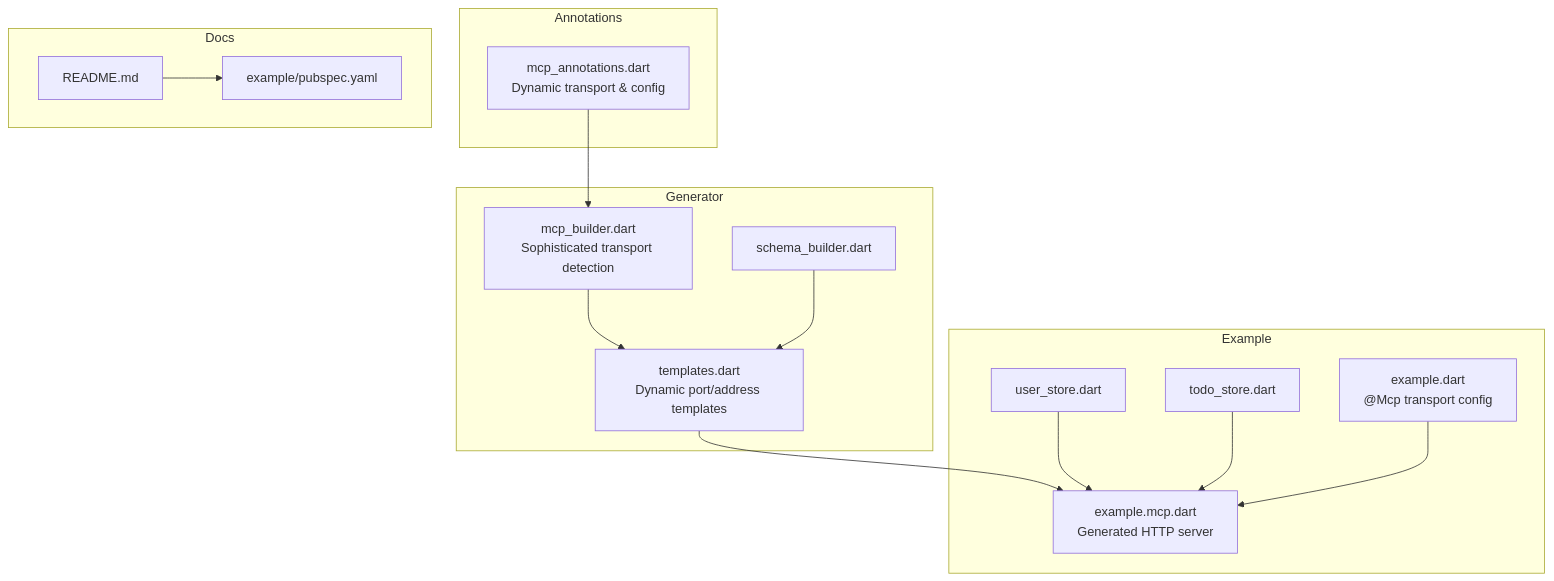
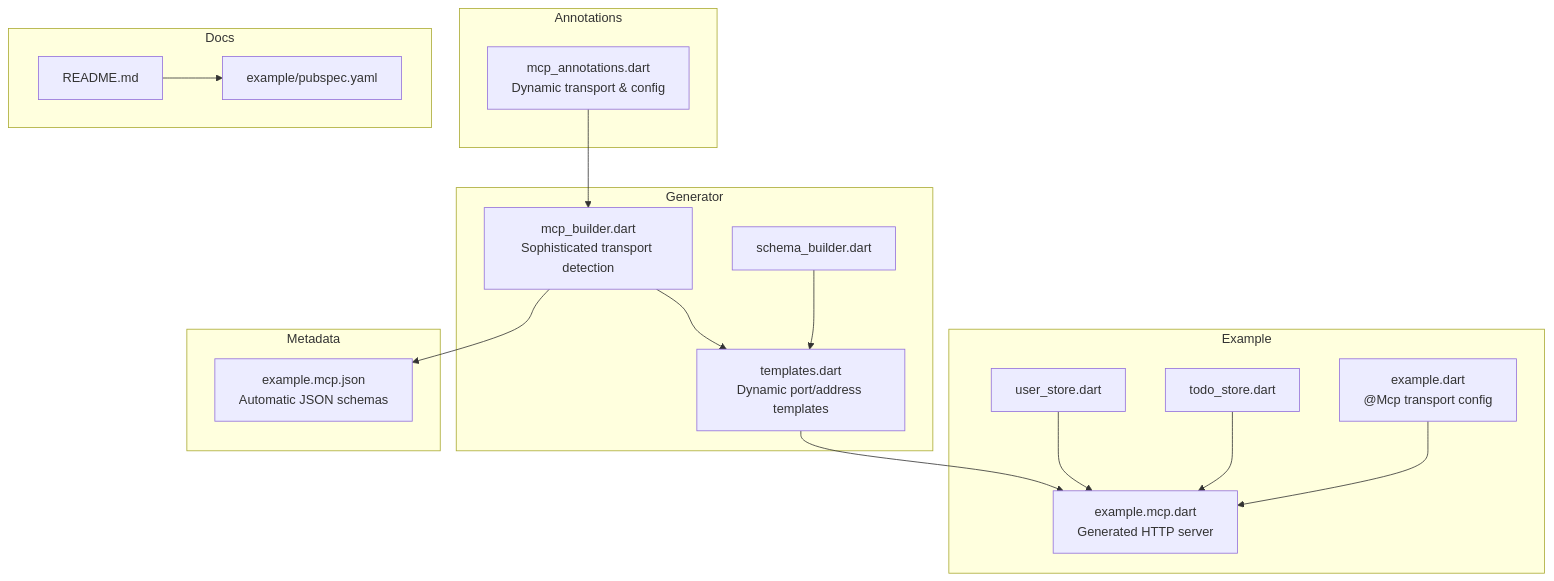
The first of 12 diagrams in .qoder/repowiki/en/content/Transport Implementations/HTTP Transport.md (cdavis-code/easy_mcp_workspace), drawn with Mermaid before and after one commit. The commit also changed other lines of this file and 16 other files, not shown here.

````diff
--- a/.qoder/repowiki/en/content/Transport Implementations/HTTP Transport.md
+++ b/.qoder/repowiki/en/content/Transport Implementations/HTTP Transport.md
@@ -49,29 +51,33 @@
 ```mermaid
 graph TB
 subgraph "Annotations"
 A["mcp_annotations.dart<br/>Dynamic transport & config"]
 end
 subgraph "Generator"
 B["mcp_builder.dart<br/>Sophisticated transport detection"]
 C["templates.dart<br/>Dynamic port/address templates"]
 D["schema_builder.dart"]
 end
 subgraph "Example"
 E["example.mcp.dart<br/>Generated HTTP server"]
 F["user_store.dart"]
 G["todo_store.dart"]
 H["example.dart<br/>@Mcp transport config"]
 end
+subgraph "Metadata"
+I["example.mcp.json<br/>Automatic JSON schemas"]
+end
 subgraph "Docs"
-I["README.md"]
-J["example/pubspec.yaml"]
+J["README.md"]
+K["example/pubspec.yaml"]
 end
 A --> B
 B --> C
 C --> E
 D --> C
 F --> E
 G --> E
 H --> E
-I --> J
+B --> I
+J --> K
 ```
````
